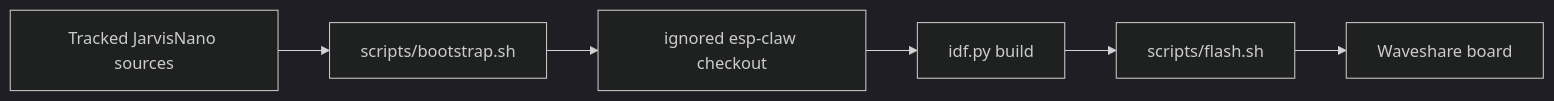
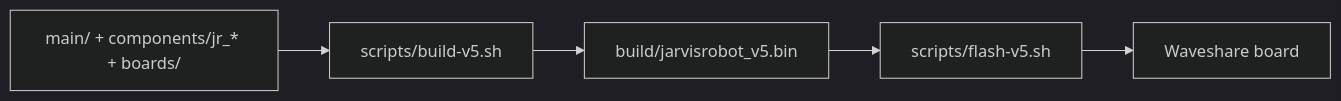
Before and after one commit to PascalAI2024/JarvisNano: the fifth of 5 diagrams in docs/ARCHITECTURE.md, drawn with Mermaid (dark theme). The commit also changed other lines of this file and 43 other files, not shown here.

````diff
--- a/docs/ARCHITECTURE.md
+++ b/docs/ARCHITECTURE.md
@@ -234,15 +225,13 @@
 ```mermaid
 flowchart LR
-    Canonical[Tracked JarvisNano sources]
-    Bootstrap[scripts/bootstrap.sh]
-    EspClaw[ignored esp-claw checkout]
-    Build[idf.py build]
-    Flash[scripts/flash.sh]
+    Canonical[main/ + components/jr_* + boards/]
+    Build[scripts/build-v5.sh]
+    Image[build/jarvisrobot_v5.bin]
+    Flash[scripts/flash-v5.sh]
     Device[Waveshare board]
 
-    Canonical --> Bootstrap
-    Bootstrap --> EspClaw
-    EspClaw --> Build
-    Build --> Flash
+    Canonical --> Build
+    Build --> Image
+    Image --> Flash
     Flash --> Device
 ```
````
